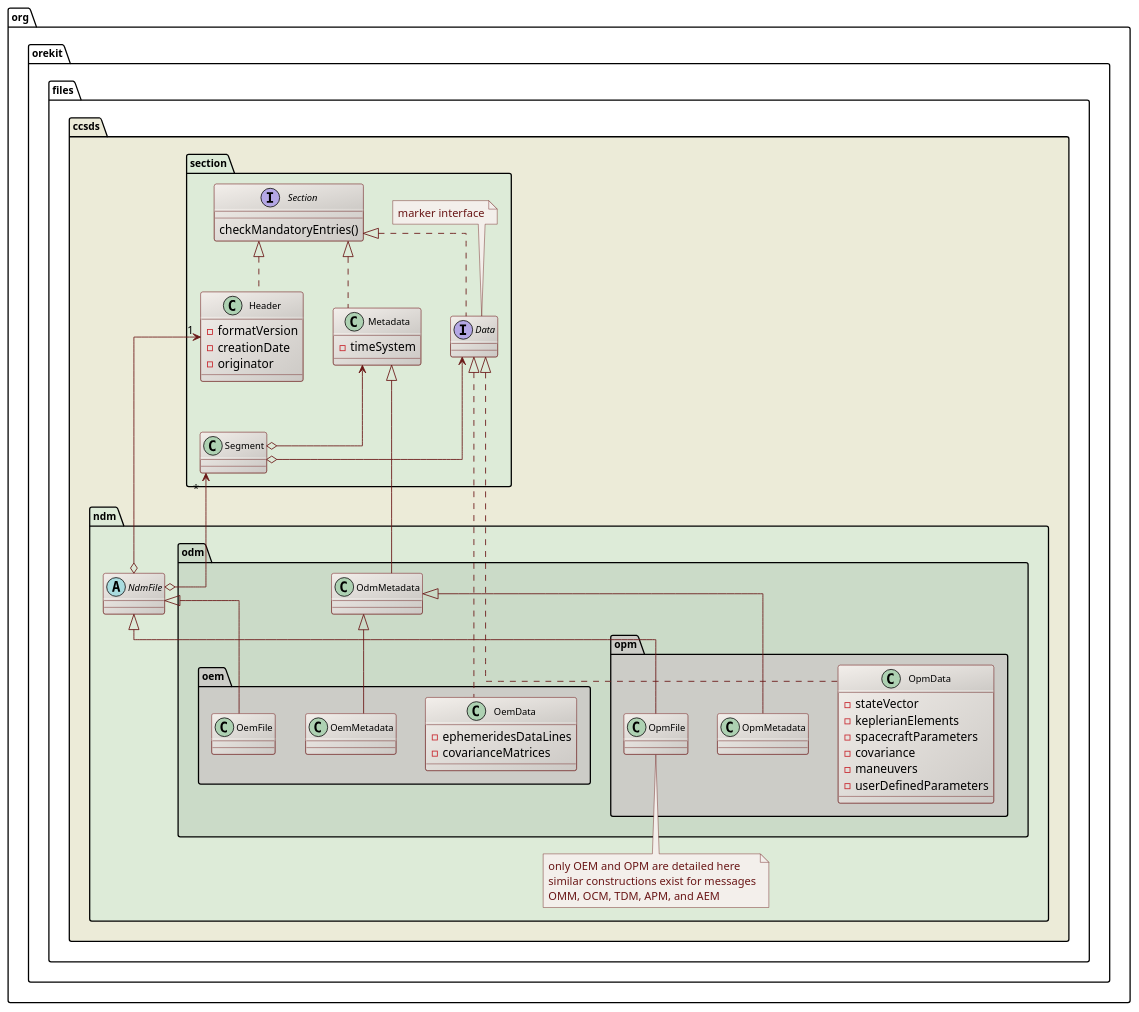
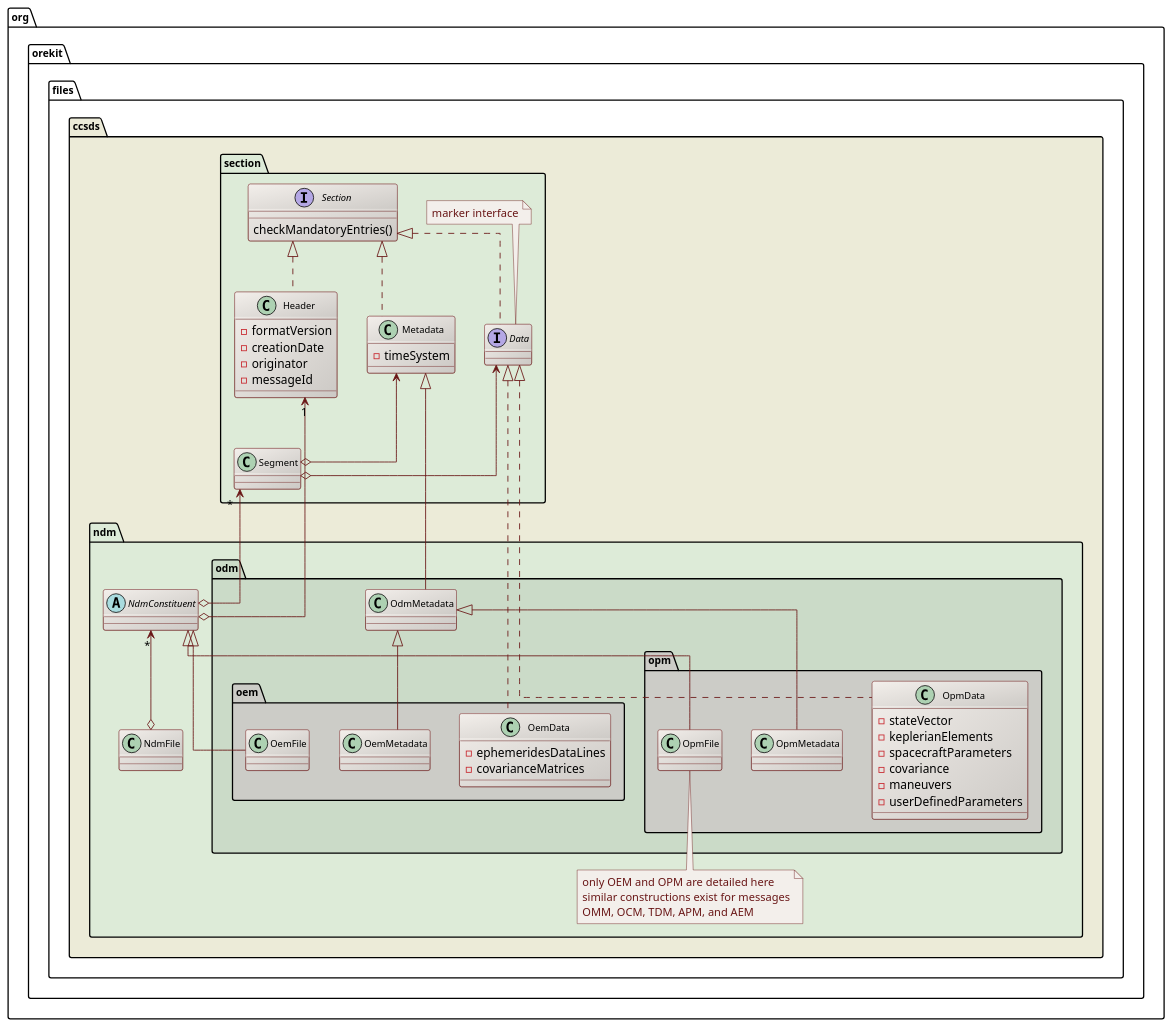
The diagram in src/design/ccsds-structure-class-diagram.puml (CS-SI/Orekit), drawn with PlantUML before and after one commit. The commit also changed 44 other files, not shown here.

```diff
--- a/src/design/ccsds-structure-class-diagram.puml
+++ b/src/design/ccsds-structure-class-diagram.puml
@@ -17,89 +17,92 @@
 @startuml
 
   skinparam svek                  true
   skinparam ClassBackgroundColor  #F3EFEB/CCC9C5
   skinparam ClassArrowColor       #691616
   skinparam ClassBorderColor      #691616
   skinparam NoteBackgroundColor   #F3EFEB
   skinparam NoteBorderColor       #691616
   skinparam NoteFontColor         #691616
   skinparam ClassFontSize         11
   skinparam PackageFontSize       12
   skinparam linetype              ortho
 
   package org.orekit.files.ccsds #ECEBD8 {
 
     package section #DDEBD8 {
       interface Section {
         checkMandatoryEntries()
       }
       class Header {
        -formatVersion
        -creationDate
        -originator
+       -messageId
       }
       class Metadata {
         -timeSystem
       }
       interface Data
       note top
       marker interface
       end note
       class Segment
       Section  <|.. Header
       Section  <|.. Metadata
       Section  <|.. Data
       Metadata <--o Segment
       Data     <--o Segment
     }
 
     package ndm #DDEBD8 {
 
       package odm #CBDBC8 {
 
         class OdmMetadata
         Metadata <|-- OdmMetadata
 
         package oem #CCCCC7 {
           class OemData {
             -ephemeridesDataLines
             -covarianceMatrices
           }
           class OemMetadata
           class OemFile
           Data <|.. OemData
           OdmMetadata <|-- OemMetadata
         }
 
         package opm #CCCCC7 {
           class OpmMetadata
           class OpmData {
             - stateVector
             - keplerianElements
             - spacecraftParameters
             - covariance
             - maneuvers
             - userDefinedParameters
           }
           class OpmFile
           OdmMetadata <|-- OpmMetadata
           Data <|.. OpmData
          }
 
       }
       note bottom
         only OEM and OPM are detailed here
         similar constructions exist for messages
         OMM, OCM, TDM, APM, and AEM
       end note
 
-      abstract class NdmFile
+      abstract class NdmConstituent
+      class NdmFile
 
-      NdmFile <|-- OemFile
-      NdmFile <|-- OpmFile
-      Header  "1" <--o NdmFile
-      Segment "*" <--o NdmFile
+      NdmConstituent <|-- OemFile
+      NdmConstituent <|-- OpmFile
+      Header  "1" <--o NdmConstituent
+      Segment "*" <--o NdmConstituent
+      NdmConstituent "*" <--o NdmFile
 
     }
   }
 @enduml
```
